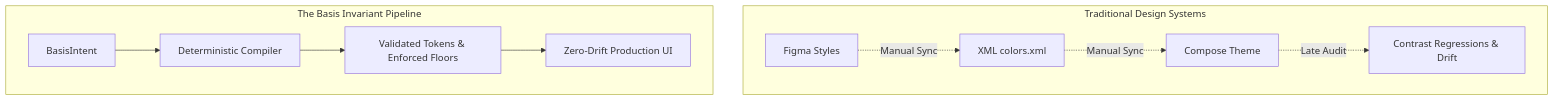
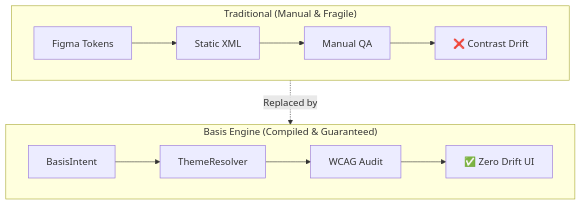
The diagram in docs/docs-site/src/content/docs/theming/philosophy.mdx (alph-a07/basis), drawn with Mermaid before and after one commit. The commit also changed 8 other files, not shown here.

Commit message:
fix(docs): resolve tiny mermaid scaling and text truncation

````diff
--- a/docs/docs-site/src/content/docs/theming/philosophy.mdx
+++ b/docs/docs-site/src/content/docs/theming/philosophy.mdx
@@ -11,14 +11,14 @@
 ```mermaid
 flowchart TD
-    subgraph Traditional["Traditional Design Systems"]
-        T1["Figma Styles"] -.->|Manual Sync| T2["XML colors.xml"]
-        T2 -.->|Manual Sync| T3["Compose Theme"]
-        T3 -.->|Late Audit| T4["Contrast Regressions & Drift"]
+    subgraph Trad["Traditional (Manual & Fragile)"]
+        direction LR
+        T1["Figma Tokens"] --> T2["Static XML"] --> T3["Manual QA"] --> T4["❌ Contrast Drift"]
     end
 
-    subgraph BasisEngine["The Basis Invariant Pipeline"]
-        B1["BasisIntent"] --> B2["Deterministic Compiler"]
-        B2 --> B3["Validated Tokens & Enforced Floors"]
-        B3 --> B4["Zero-Drift Production UI"]
+    subgraph Basis["Basis Engine (Compiled & Guaranteed)"]
+        direction LR
+        B1["BasisIntent"] --> B2["ThemeResolver"] --> B3["WCAG Audit"] --> B4["✅ Zero Drift UI"]
     end
+
+    Trad -.->|Replaced by| Basis
 ```
````
